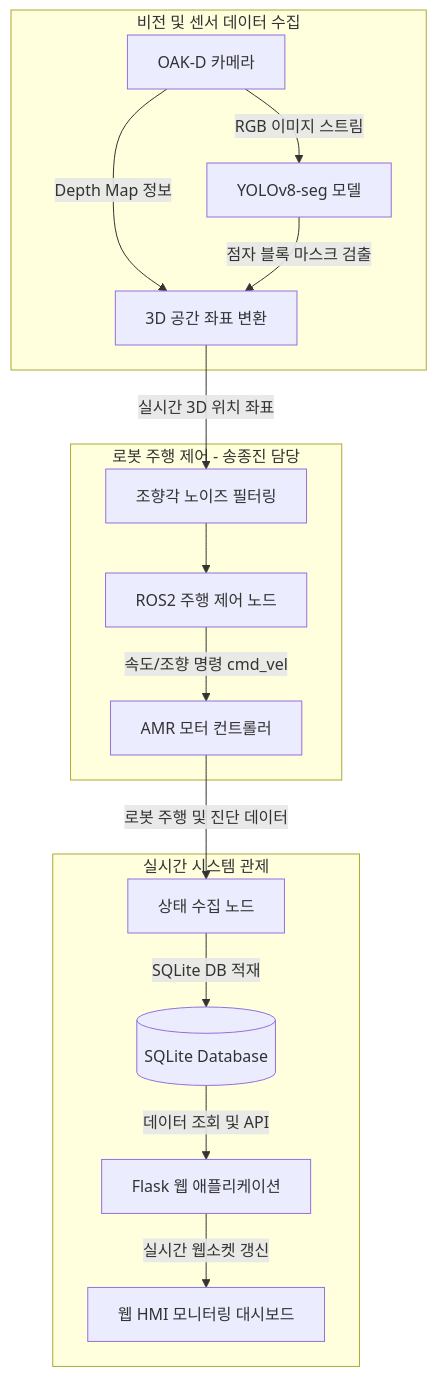
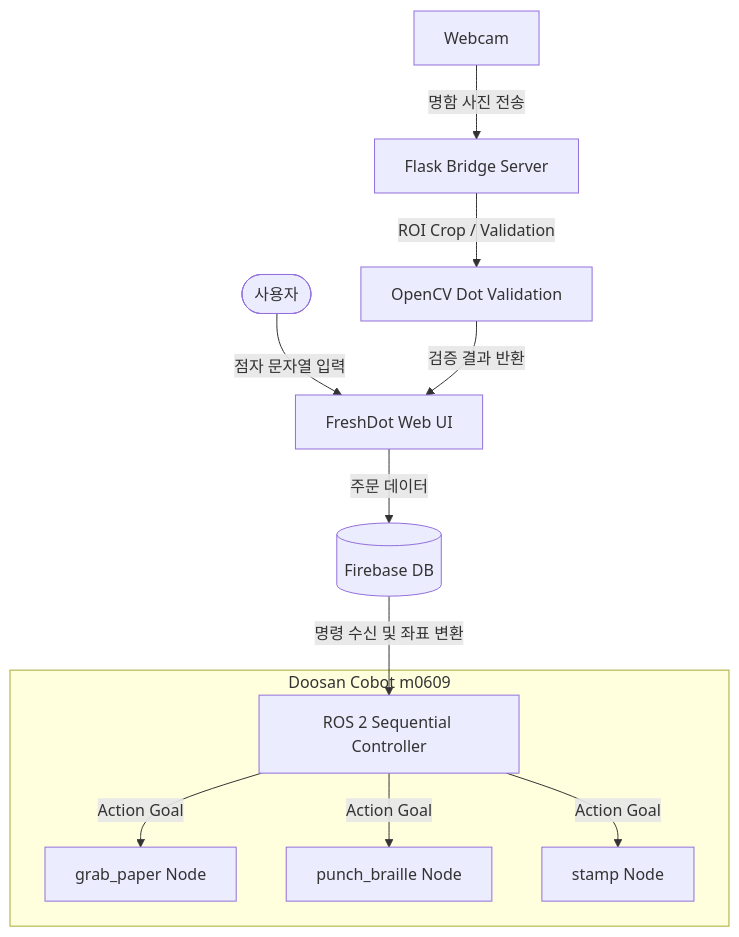
Before and after one commit to soli-robot/portfolio: the diagram in projects/Braille/README.md, drawn with Mermaid. The commit also changed other lines of this file and 2 other files, not shown here.

Commit message:
Fix hallucination: Separate Braille Cobot and FindThief AMR

````diff
--- a/projects/Braille/README.md
+++ b/projects/Braille/README.md
@@ -40,21 +39,16 @@
 ```mermaid
 flowchart TD
-    subgraph Vision_Processing [비전 및 센서 데이터 수집]
-        Camera[OAK-D 카메라] -->|RGB 이미지 스트림| YOLO[YOLOv8-seg 모델]
-        Camera -->|Depth Map 정보| Convert[3D 공간 좌표 변환]
-        YOLO -->|점자 블록 마스크 검출| Convert
+    User([사용자]) -->|점자 문자열 입력| WebUI[FreshDot Web UI]
+    WebUI -->|주문 데이터| Firebase[(Firebase DB)]
+    Firebase -->|명령 수신 및 좌표 변환| Controller[ROS 2 Sequential Controller]
+    
+    subgraph Cobot System [Doosan Cobot m0609]
+        Controller -->|Action Goal| ActionA[grab_paper Node]
+        Controller -->|Action Goal| ActionB[punch_braille Node]
+        Controller -->|Action Goal| ActionC[stamp Node]
     end
-
-    subgraph Control_Logic [로봇 주행 제어 - 송종진 담당]
-        Convert -->|실시간 3D 위치 좌표| Filter[조향각 노이즈 필터링]
-        Filter --> ROSNode[ROS2 주행 제어 노드]
-        ROSNode -->|속도/조향 명령 cmd_vel| AMR[AMR 모터 컨트롤러]
-    end
-
-    subgraph Monitoring_System [실시간 시스템 관제]
-        AMR -->|로봇 주행 및 진단 데이터| StatusNode[상태 수집 노드]
-        StatusNode -->|SQLite DB 적재| DB[(SQLite Database)]
-        DB -->|데이터 조회 및 API| Flask[Flask 웹 애플리케이션]
-        Flask -->|실시간 웹소켓 갱신| UI[웹 HMI 모니터링 대시보드]
-    end
+    
+    Webcam[Webcam] -->|명함 사진 전송| BridgeServer[Flask Bridge Server]
+    BridgeServer -->|ROI Crop / Validation| OpenCV[OpenCV Dot Validation]
+    OpenCV -->|검증 결과 반환| WebUI
 ```
````
